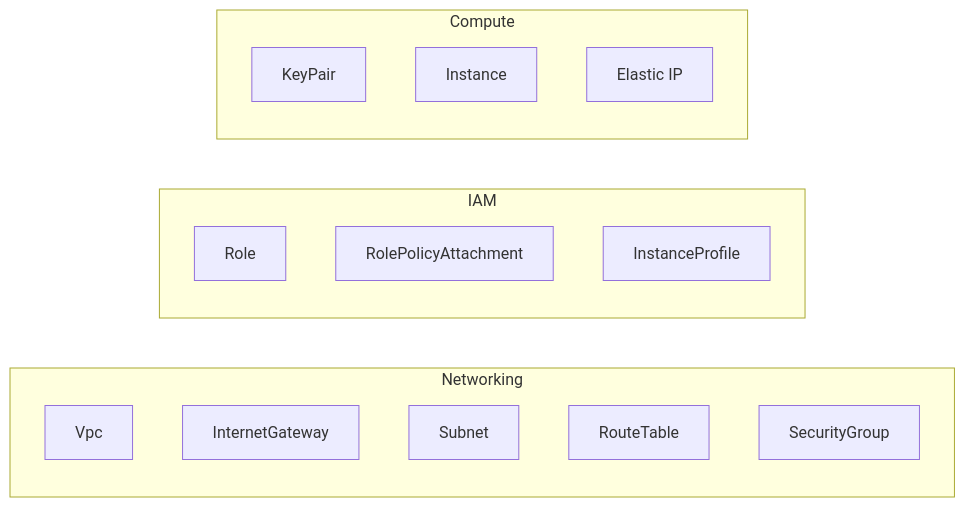
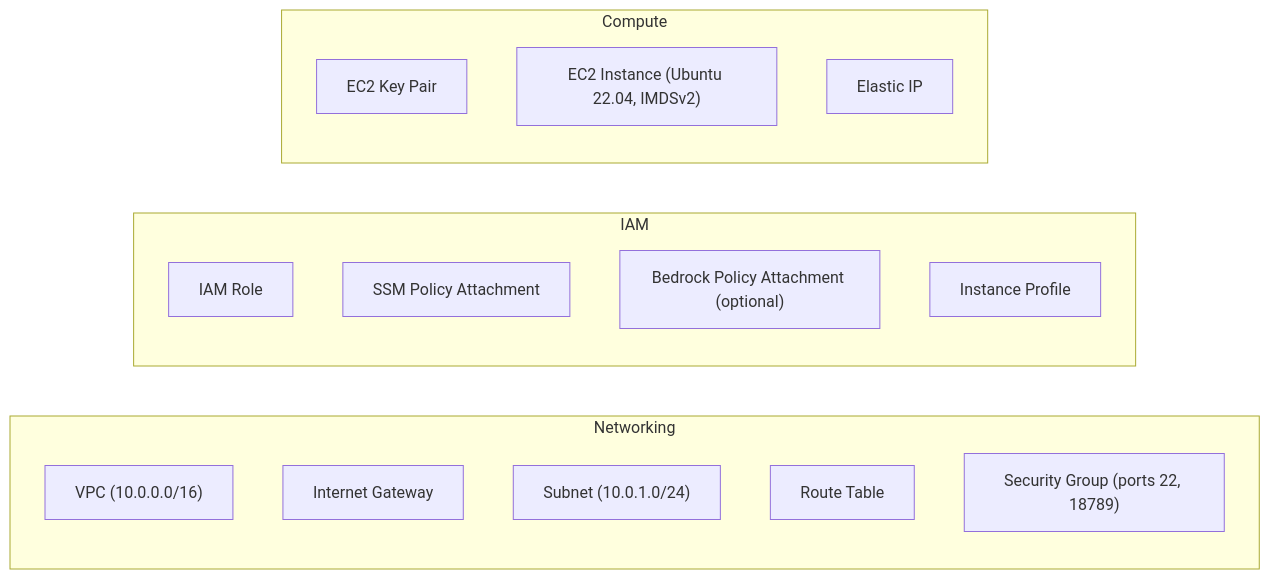
Before and after one commit to dfridkin/clawops: the first of 3 diagrams in README.md, drawn with Mermaid. The commit also changed other lines of this file, not shown here.

Commit message:
docs: add more detail to README stack diagrams (service names, CIDRs, SKUs)

````diff
--- a/README.md
+++ b/README.md
@@ -402,20 +402,21 @@
 ```mermaid
 flowchart LR
     subgraph NET["Networking"]
-        VPC[Vpc]
-        IGW[InternetGateway]
-        SUBNET[Subnet]
-        RT[RouteTable]
-        SG[SecurityGroup]
+        VPC["VPC (10.0.0.0/16)"]
+        IGW[Internet Gateway]
+        SUBNET["Subnet (10.0.1.0/24)"]
+        RT[Route Table]
+        SG["Security Group (ports 22, 18789)"]
     end
     subgraph IAM["IAM"]
-        ROLE[Role]
-        SSM[RolePolicyAttachment]
-        IP[InstanceProfile]
+        ROLE[IAM Role]
+        SSM[SSM Policy Attachment]
+        BED["Bedrock Policy Attachment (optional)"]
+        IP[Instance Profile]
     end
     subgraph COMPUTE["Compute"]
-        KP[KeyPair]
-        EC2[Instance]
+        KP[EC2 Key Pair]
+        EC2["EC2 Instance (Ubuntu 22.04, IMDSv2)"]
         EIP[Elastic IP]
     end
 ```
````
